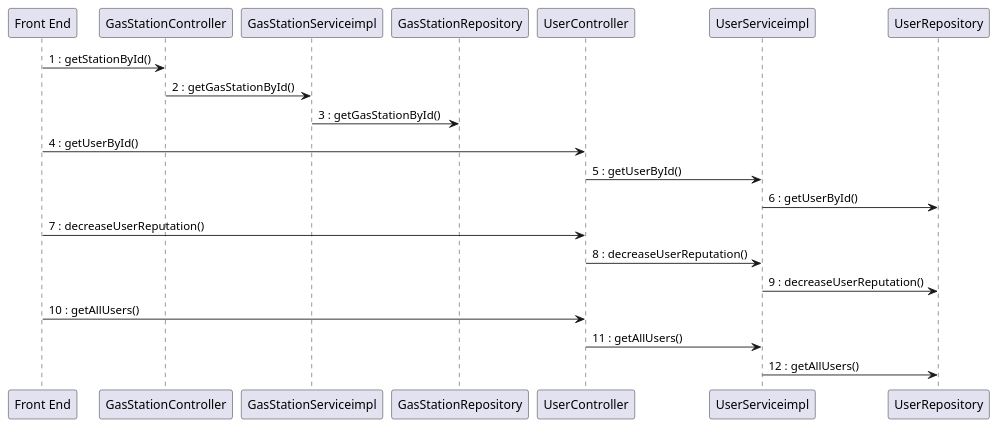
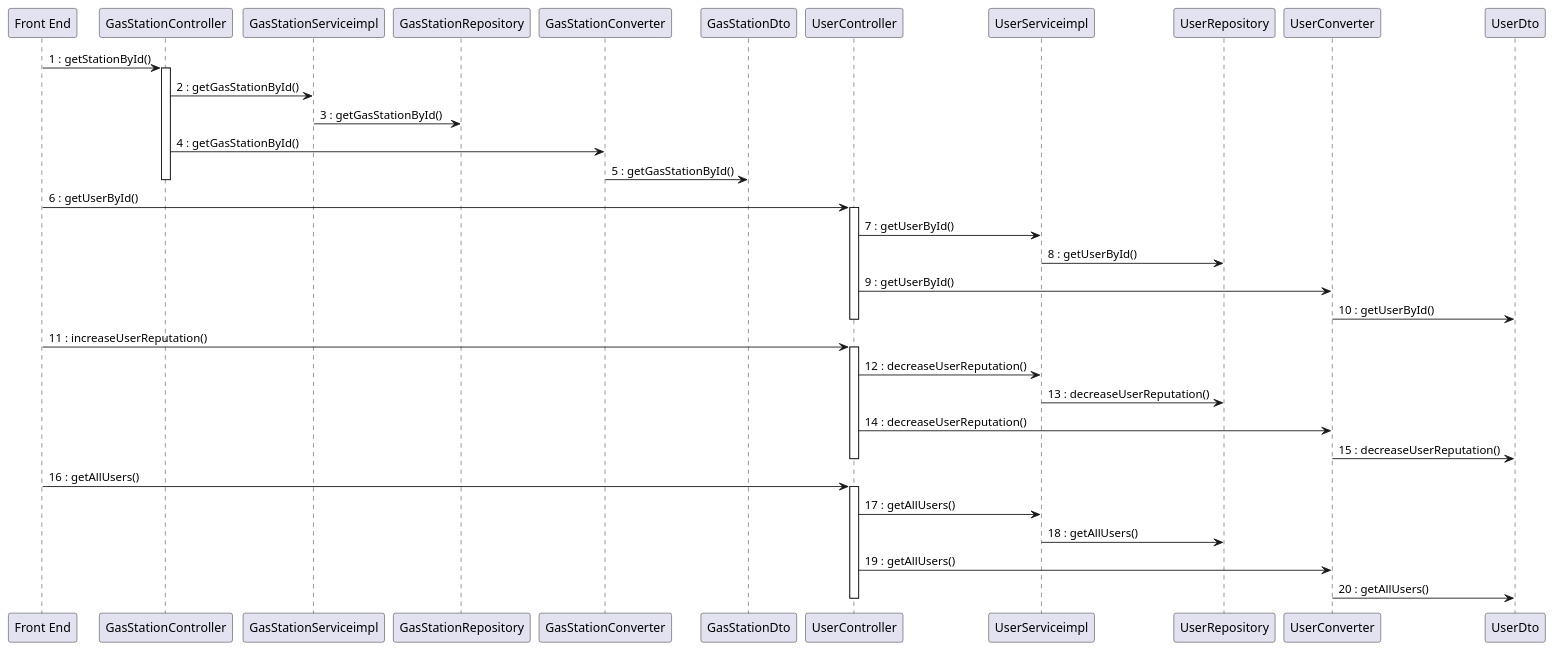
One commit to mosTavassoli/ezgas changed diagram 15 of 15 in docs/DesignDocument.md. Above: the diagram before and after it, drawn with PlantUML. The commit also changed other lines of this file, not shown here.

Commit message:
docs(DesignDocument): fix traceability matrix, improve sequence diagrams and fill class diagram classes with methods and attributes

````diff
--- a/docs/DesignDocument.md
+++ b/docs/DesignDocument.md
@@ -480,26 +706,34 @@
 ```plantuml
 "Front End" -> GasStationController:1 : getStationById()
-
+activate GasStationController
 GasStationController -> GasStationServiceimpl:2 : getGasStationById()
-
 GasStationServiceimpl -> GasStationRepository:3 : getGasStationById()
-
-"Front End" -> UserController:4 : getUserById()
-
-UserController -> UserServiceimpl:5 : getUserById()
+GasStationController -> GasStationConverter:4 : getGasStationById()
+GasStationConverter -> GasStationDto:5 : getGasStationById()
+deactivate GasStationController
 
 
-UserServiceimpl -> UserRepository:6 : getUserById()
+"Front End" -> UserController:6 : getUserById()
+activate UserController
+UserController -> UserServiceimpl:7 : getUserById()
+UserServiceimpl -> UserRepository:8 : getUserById()
+UserController -> UserConverter:9 : getUserById()
+UserConverter -> UserDto:10 : getUserById()
+deactivate UserController
 
-"Front End" -> UserController :7 : decreaseUserReputation()
+"Front End" -> UserController :11 : increaseUserReputation()
+activate UserController
+UserController -> UserServiceimpl :12 : decreaseUserReputation()
+UserServiceimpl -> UserRepository :13 : decreaseUserReputation()
+UserController -> UserConverter:14 : decreaseUserReputation()
+UserConverter -> UserDto:15 : decreaseUserReputation()
+deactivate UserController
 
-UserController -> UserServiceimpl :8 : decreaseUserReputation()
-
-UserServiceimpl -> UserRepository :9 : decreaseUserReputation()
-
-"Front End" -> UserController :10 : getAllUsers()
-
-UserController -> UserServiceimpl :11 : getAllUsers()
-
-UserServiceimpl -> UserRepository :12 : getAllUsers()
+"Front End" -> UserController :16 : getAllUsers()
+activate UserController
+UserController -> UserServiceimpl :17 : getAllUsers()
+UserServiceimpl -> UserRepository :18 : getAllUsers()
+UserController -> UserConverter:19 : getAllUsers()
+UserConverter -> UserDto:20 : getAllUsers()
+deactivate UserController
 ```
````
